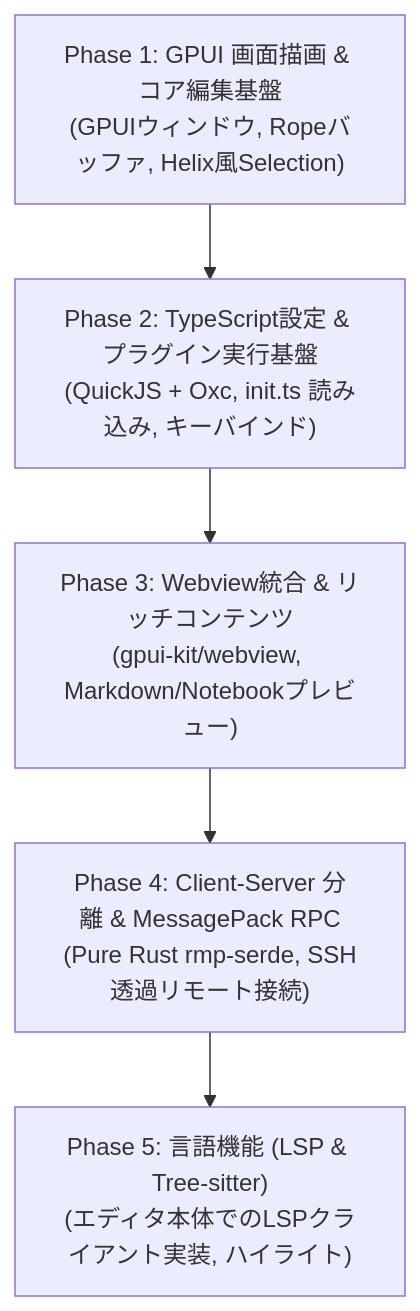
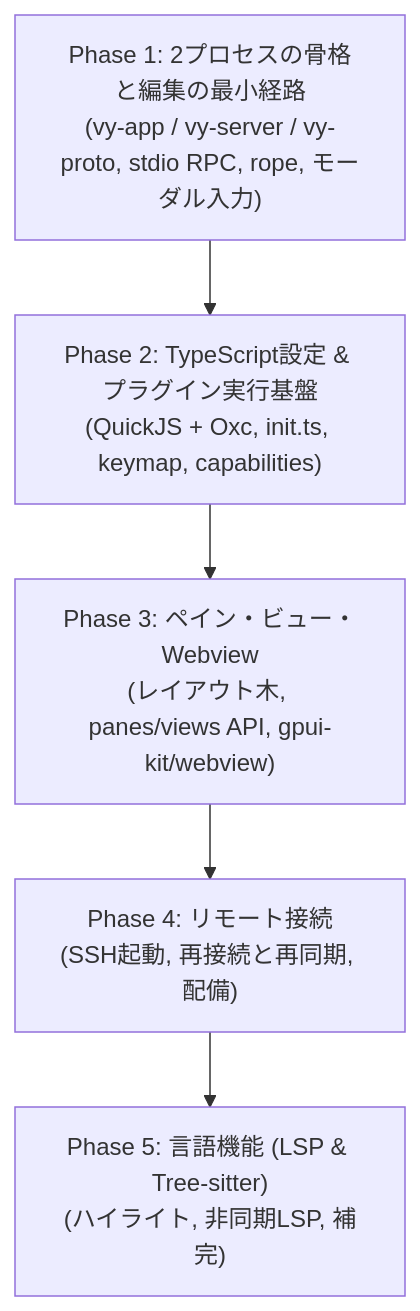
One commit to nazo6/vy changed the diagram in docs/roadmap.md. Above: the diagram before and after it, drawn with Mermaid. The commit also changed other lines of this file and 14 other files, not shown here.

````diff
--- a/docs/roadmap.md
+++ b/docs/roadmap.md
@@ -9,10 +12,10 @@
 ```mermaid
 flowchart TD
-    P1["Phase 1: GPUI 画面描画 & コア編集基盤\n(GPUIウィンドウ, Ropeバッファ, Helix風Selection)"]
-    P2["Phase 2: TypeScript設定 & プラグイン実行基盤\n(QuickJS + Oxc, init.ts 読み込み, キーバインド)"]
-    P3["Phase 3: Webview統合 & リッチコンテンツ\n(gpui-kit/webview, Markdown/Notebookプレビュー)"]
-    P4["Phase 4: Client-Server 分離 & MessagePack RPC\n(Pure Rust rmp-serde, SSH透過リモート接続)"]
-    P5["Phase 5: 言語機能 (LSP & Tree-sitter)\n(エディタ本体でのLSPクライアント実装, ハイライト)"]
+    P1["Phase 1: 2プロセスの骨格と編集の最小経路\n(vy-app / vy-server / vy-proto, stdio RPC, rope, モーダル入力)"]
+    P2["Phase 2: TypeScript設定 & プラグイン実行基盤\n(QuickJS + Oxc, init.ts, keymap, capabilities)"]
+    P3["Phase 3: ペイン・ビュー・Webview\n(レイアウト木, panes/views API, gpui-kit/webview)"]
+    P4["Phase 4: リモート接続\n(SSH起動, 再接続と再同期, 配備)"]
+    P5["Phase 5: 言語機能 (LSP & Tree-sitter)\n(ハイライト, 非同期LSP, 補完)"]
 
     P1 --> P2 --> P3 --> P4 --> P5
 ```
````
